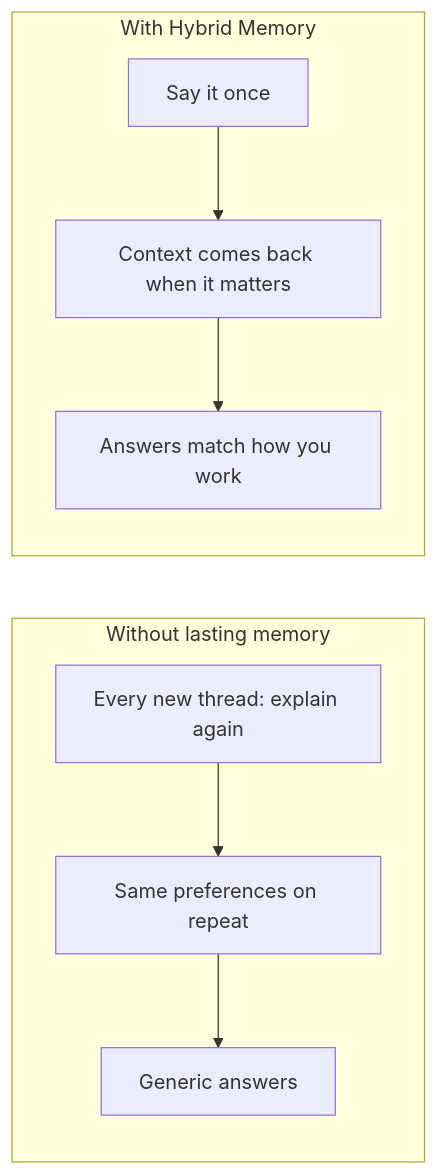
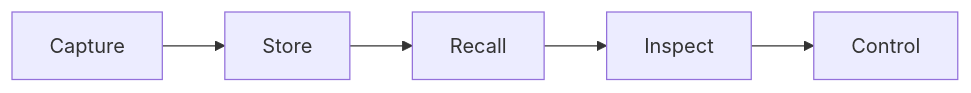
The diagram in README.md (markus-lassfolk/openclaw-hybrid-memory), drawn with Mermaid before and after one commit. The commit also changed other lines of this file and 5 other files, not shown here.

````diff
--- a/README.md
+++ b/README.md
@@ -28,15 +17,9 @@
 ```mermaid
 flowchart LR
-  subgraph typical["Without lasting memory"]
-    T1[Every new thread: explain again]
-    T2[Same preferences on repeat]
-    T3[Generic answers]
-    T1 --> T2 --> T3
-  end
-  subgraph hybrid["With Hybrid Memory"]
-    H1[Say it once]
-    H2[Context comes back when it matters]
-    H3[Answers match how you work]
-    H1 --> H2 --> H3
-  end
+  C[Capture]
+  S[Store]
+  R[Recall]
+  I[Inspect]
+  X[Control]
+  C --> S --> R --> I --> X
 ```
````
